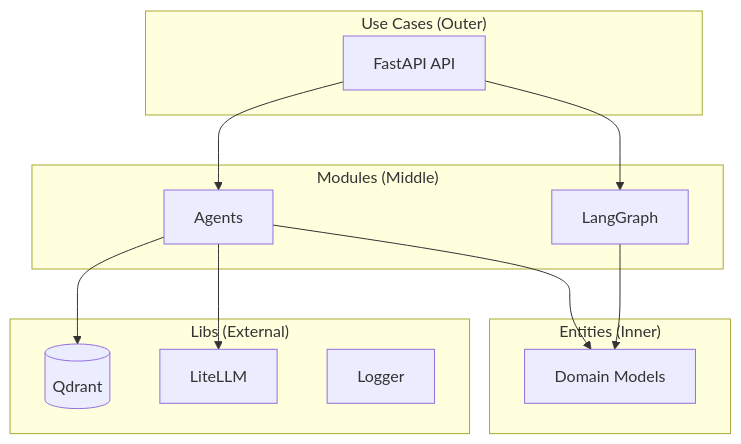
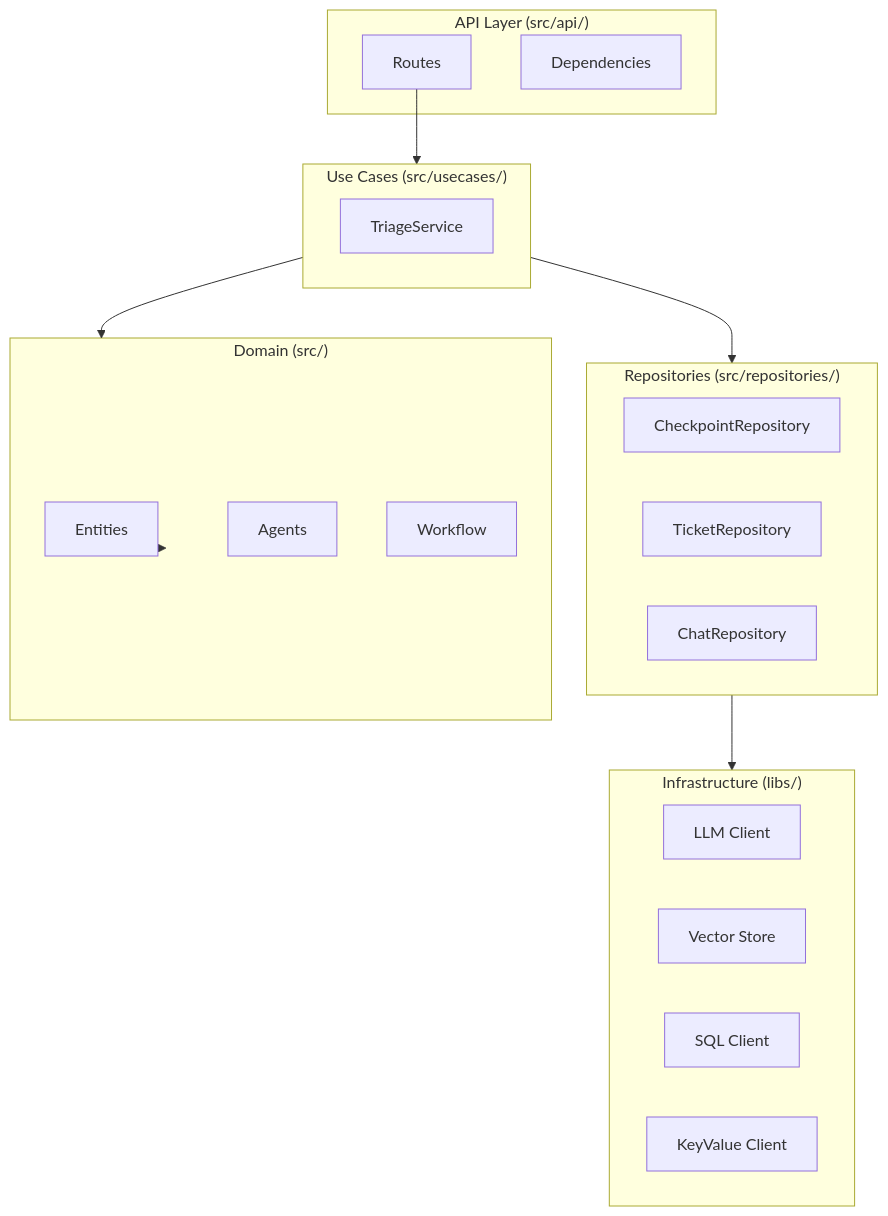
One commit to mhokchuekchuek/support-ticket-triage-agent changed the first of 5 diagrams in docs/architecture/code.md. Above: the diagram before and after it, drawn with Mermaid. The commit also changed other lines of this file and 52 other files, not shown here.

Commit message:
docs: update documentation for new architecture

````diff
--- a/docs/architecture/code.md
+++ b/docs/architecture/code.md
@@ -15,28 +5,36 @@
 ```mermaid
-graph TB
-    subgraph "Use Cases (Outer)"
-        API[FastAPI API]
+flowchart TB
+    subgraph API["API Layer (src/api/)"]
+        Routes[Routes]
+        Dependencies[Dependencies]
     end
 
-    subgraph "Modules (Middle)"
-        Agents[Agents]
-        Graph[LangGraph]
+    subgraph UseCases["Use Cases (src/usecases/)"]
+        TriageService[TriageService]
     end
 
-    subgraph "Entities (Inner)"
-        Models[Domain Models]
+    subgraph Domain["Domain (src/)"]
+        Entities[Entities]
+        Agents[Agents]
+        Workflow[Workflow]
     end
 
-    subgraph "Libs (External)"
-        DB[(Qdrant)]
-        LLM[LiteLLM]
-        Logger[Logger]
+    subgraph Repositories["Repositories (src/repositories/)"]
+        CheckpointRepo[CheckpointRepository]
+        TicketRepo[TicketRepository]
+        ChatRepo[ChatRepository]
     end
 
-    API --> Agents
-    API --> Graph
-    Agents --> Models
-    Graph --> Models
-    Agents --> DB
-    Agents --> LLM
+    subgraph Infrastructure["Infrastructure (libs/)"]
+        LLMClient[LLM Client]
+        VectorStore[Vector Store]
+        SQLClient[SQL Client]
+        KVClient[KeyValue Client]
+    end
+
+    Routes --> UseCases
+    UseCases --> Domain
+    UseCases --> Repositories
+    Repositories --> Infrastructure
+    Domain --> Entities
 ```
````
